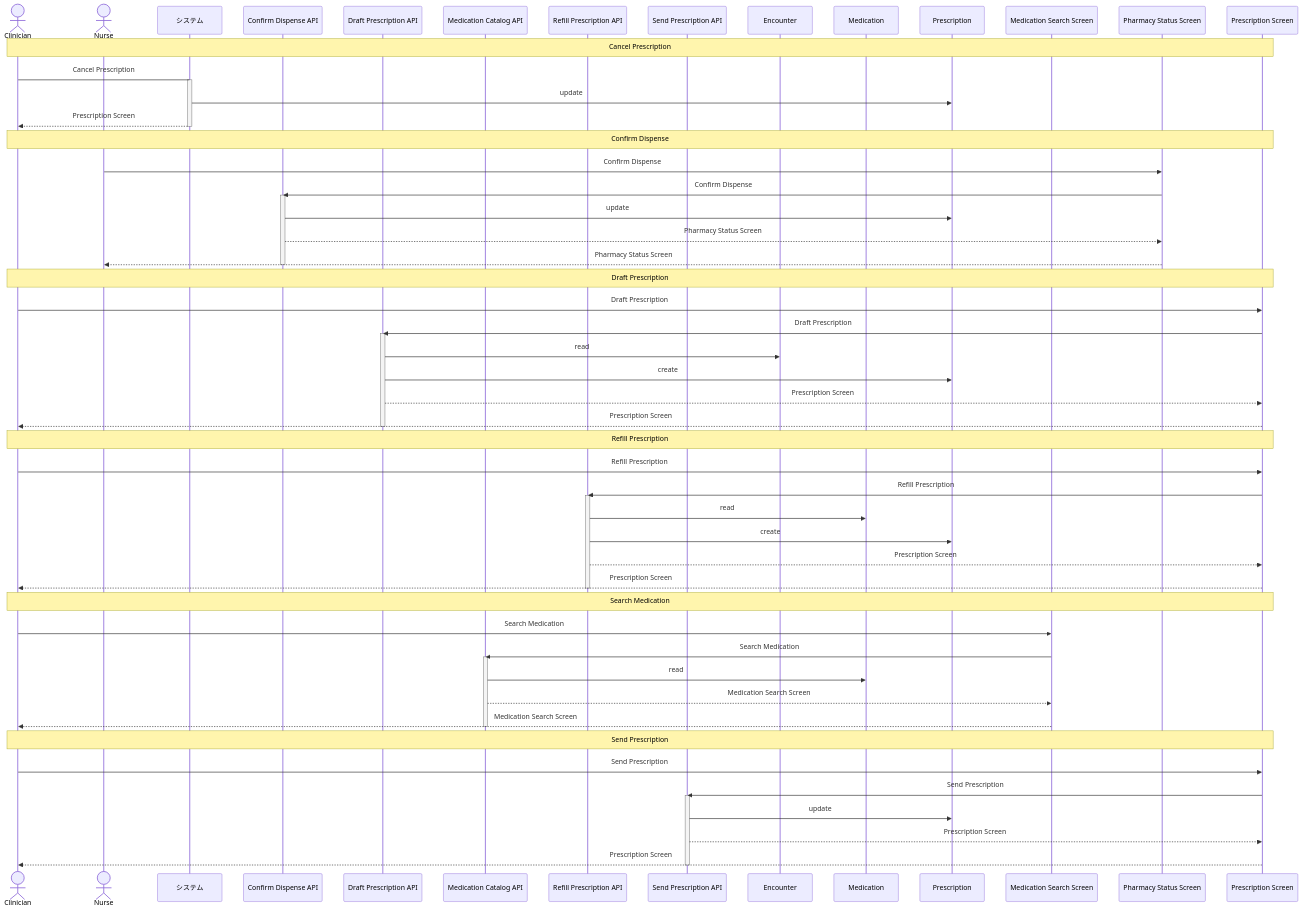
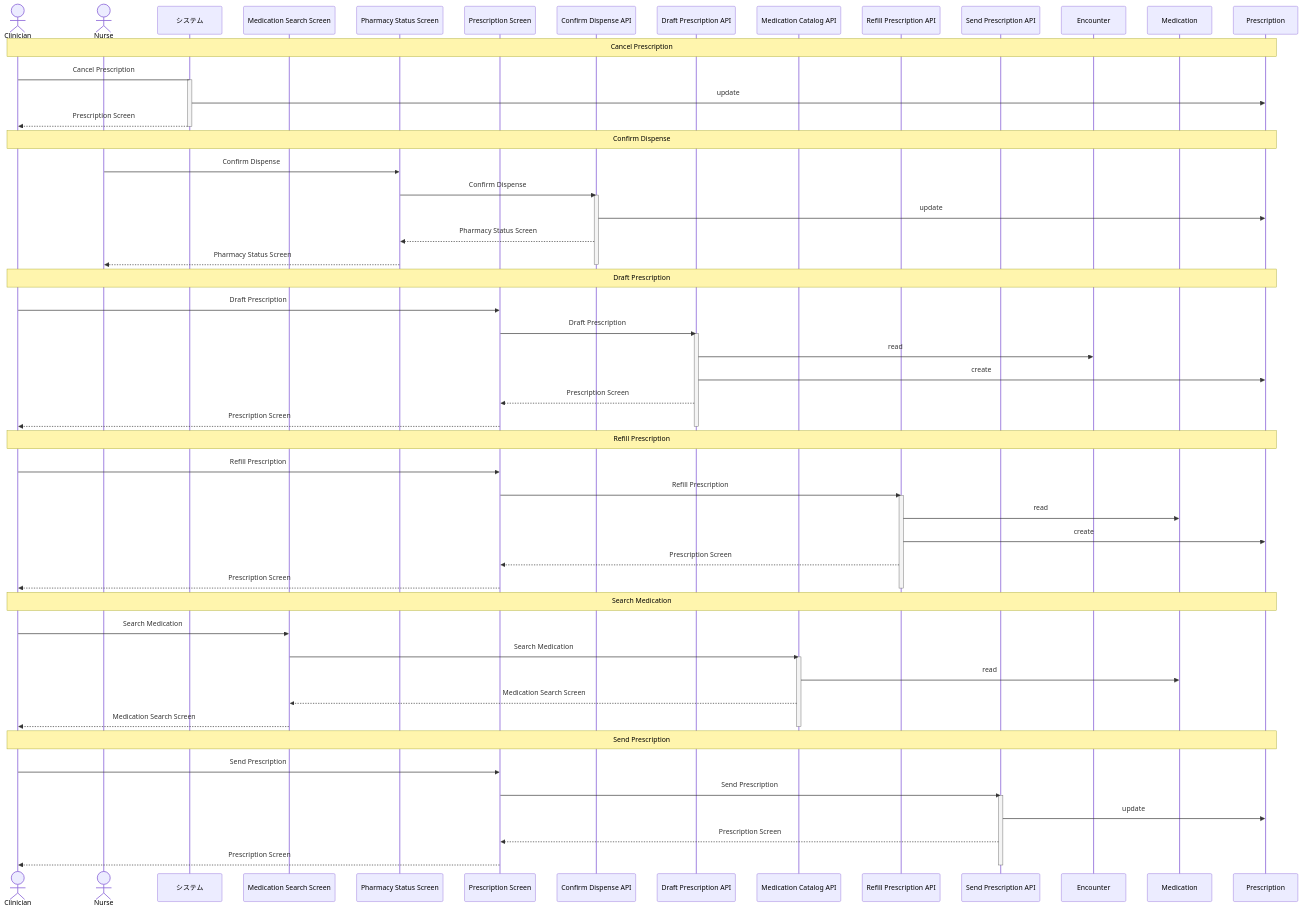
One commit to manji-0/rdra-ish-dsl changed the diagram in samples/clinic-ops/out/buc/sequence_prescription_fulfillment.mmd. Above: the diagram before and after it, drawn with Mermaid. The commit also changed 82 other files, not shown here.

Commit message:
fix: order sequence participants by interaction flow

```diff
--- a/samples/clinic-ops/out/buc/sequence_prescription_fulfillment.mmd
+++ b/samples/clinic-ops/out/buc/sequence_prescription_fulfillment.mmd
@@ -1,69 +1,69 @@
 sequenceDiagram
   actor Clinician as Clinician
   actor Nurse as Nurse
   participant System as システム
+  participant MedicationSearchScreen as Medication Search Screen
+  participant PharmacyStatusScreen as Pharmacy Status Screen
+  participant PrescriptionScreen as Prescription Screen
   participant ConfirmDispenseApi as Confirm Dispense API
   participant DraftPrescriptionApi as Draft Prescription API
   participant MedicationCatalogApi as Medication Catalog API
   participant RefillPrescriptionApi as Refill Prescription API
   participant SendPrescriptionApi as Send Prescription API
   participant Encounter as Encounter
   participant Medication as Medication
   participant Prescription as Prescription
-  participant MedicationSearchScreen as Medication Search Screen
-  participant PharmacyStatusScreen as Pharmacy Status Screen
-  participant PrescriptionScreen as Prescription Screen
 
-  Note over Clinician,PrescriptionScreen: Cancel Prescription
+  Note over Clinician,Prescription: Cancel Prescription
   Clinician->System: Cancel Prescription
   activate System
   System->>Prescription: update
   System-->>Clinician: Prescription Screen
   deactivate System
 
-  Note over Clinician,PrescriptionScreen: Confirm Dispense
+  Note over Clinician,Prescription: Confirm Dispense
   Nurse->>PharmacyStatusScreen: Confirm Dispense
   PharmacyStatusScreen->>ConfirmDispenseApi: Confirm Dispense
   activate ConfirmDispenseApi
   ConfirmDispenseApi->>Prescription: update
   ConfirmDispenseApi-->>PharmacyStatusScreen: Pharmacy Status Screen
   PharmacyStatusScreen-->>Nurse: Pharmacy Status Screen
   deactivate ConfirmDispenseApi
 
-  Note over Clinician,PrescriptionScreen: Draft Prescription
+  Note over Clinician,Prescription: Draft Prescription
   Clinician->>PrescriptionScreen: Draft Prescription
   PrescriptionScreen->>DraftPrescriptionApi: Draft Prescription
   activate DraftPrescriptionApi
   DraftPrescriptionApi->>Encounter: read
   DraftPrescriptionApi->>Prescription: create
   DraftPrescriptionApi-->>PrescriptionScreen: Prescription Screen
   PrescriptionScreen-->>Clinician: Prescription Screen
   deactivate DraftPrescriptionApi
 
-  Note over Clinician,PrescriptionScreen: Refill Prescription
+  Note over Clinician,Prescription: Refill Prescription
   Clinician->>PrescriptionScreen: Refill Prescription
   PrescriptionScreen->>RefillPrescriptionApi: Refill Prescription
   activate RefillPrescriptionApi
   RefillPrescriptionApi->>Medication: read
   RefillPrescriptionApi->>Prescription: create
   RefillPrescriptionApi-->>PrescriptionScreen: Prescription Screen
   PrescriptionScreen-->>Clinician: Prescription Screen
   deactivate RefillPrescriptionApi
 
-  Note over Clinician,PrescriptionScreen: Search Medication
+  Note over Clinician,Prescription: Search Medication
   Clinician->>MedicationSearchScreen: Search Medication
   MedicationSearchScreen->>MedicationCatalogApi: Search Medication
   activate MedicationCatalogApi
   MedicationCatalogApi->>Medication: read
   MedicationCatalogApi-->>MedicationSearchScreen: Medication Search Screen
   MedicationSearchScreen-->>Clinician: Medication Search Screen
   deactivate MedicationCatalogApi
 
-  Note over Clinician,PrescriptionScreen: Send Prescription
+  Note over Clinician,Prescription: Send Prescription
   Clinician->>PrescriptionScreen: Send Prescription
   PrescriptionScreen->>SendPrescriptionApi: Send Prescription
   activate SendPrescriptionApi
   SendPrescriptionApi->>Prescription: update
   SendPrescriptionApi-->>PrescriptionScreen: Prescription Screen
   PrescriptionScreen-->>Clinician: Prescription Screen
   deactivate SendPrescriptionApi
```
